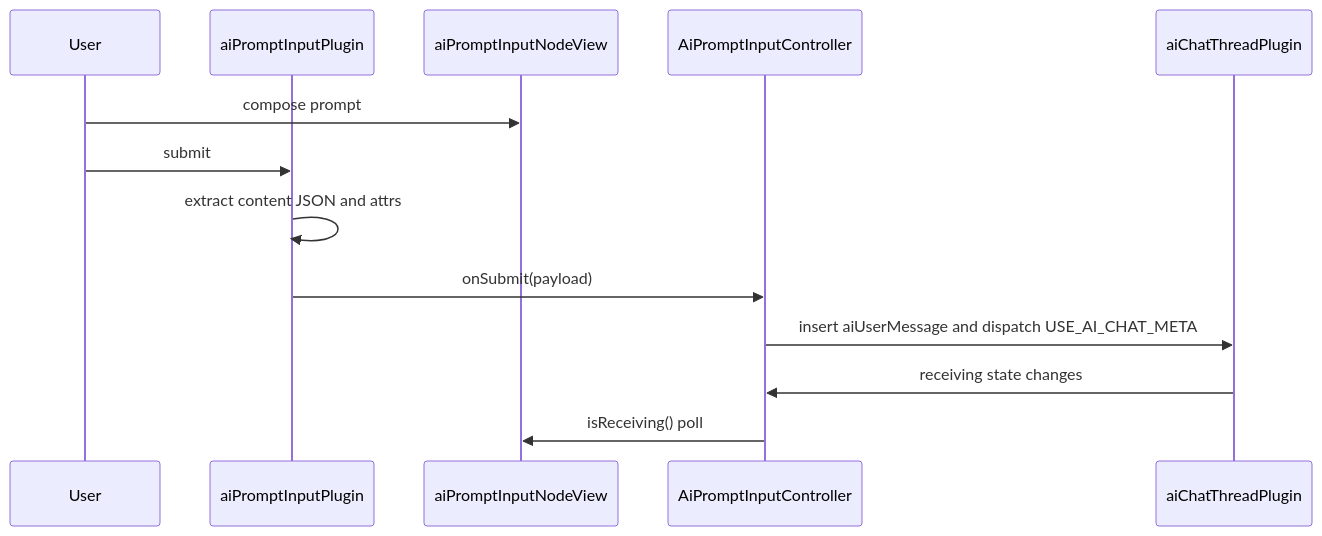
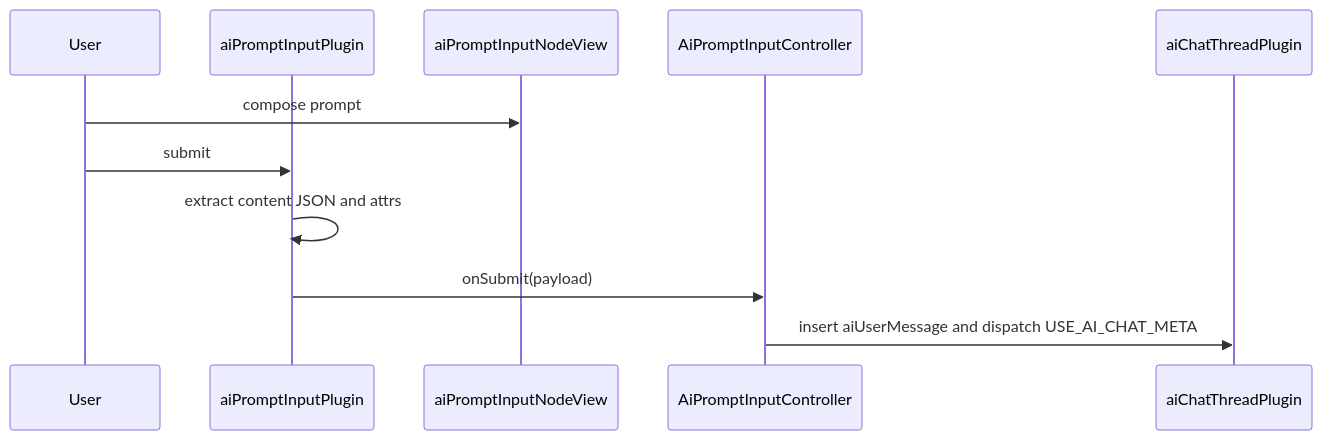
Before and after one commit to Lixpi/lixpi: the diagram in services/web-ui/src/components/proseMirror/plugins/aiPromptInputPlugin/README.md, drawn with Mermaid. The commit also changed other lines of this file and 23 other files, not shown here.

````diff
--- a/services/web-ui/src/components/proseMirror/plugins/aiPromptInputPlugin/README.md
+++ b/services/web-ui/src/components/proseMirror/plugins/aiPromptInputPlugin/README.md
@@ -42,16 +40,14 @@
 ```mermaid
 sequenceDiagram
     participant User
     participant Plugin as aiPromptInputPlugin
     participant NodeView as aiPromptInputNodeView
     participant Controller as AiPromptInputController
     participant Thread as aiChatThreadPlugin
 
     User->>NodeView: compose prompt
     User->>Plugin: submit
     Plugin->>Plugin: extract content JSON and attrs
     Plugin->>Controller: onSubmit(payload)
     Controller->>Thread: insert aiUserMessage and dispatch USE_AI_CHAT_META
-    Thread->>Controller: receiving state changes
-    Controller->>NodeView: isReceiving() poll
 ```
````
